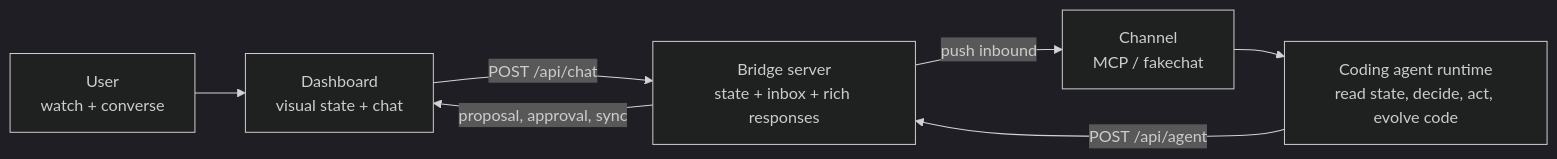
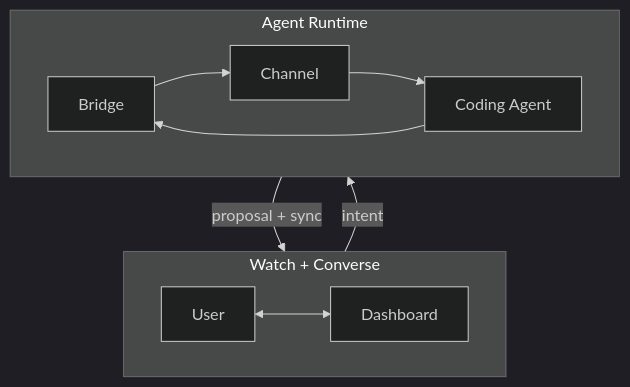
The diagram in README.md (tykimos/agent-native-agent), drawn with Mermaid (dark theme) before and after one commit. The commit also changed 4 other files, not shown here.

````diff
--- a/README.md
+++ b/README.md
@@ -76,9 +76,17 @@
 ```mermaid
-flowchart LR
-  U["User<br/>watch + converse"] --> D["Dashboard<br/>visual state + chat"]
-  D -->|"POST /api/chat"| B["Bridge server<br/>state + inbox + rich responses"]
-  B -->|"push inbound"| C["Channel<br/>MCP / fakechat"]
-  C --> A["Coding agent runtime<br/>read state, decide, act, evolve code"]
-  A -->|"POST /api/agent"| B
-  B -->|"proposal, approval, sync"| D
+flowchart TB
+  subgraph UX["Watch + Converse"]
+    direction LR
+    U["User"] <--> D["Dashboard"]
+  end
+
+  subgraph RT["Agent Runtime"]
+    direction LR
+    B["Bridge"] --> C["Channel"]
+    C --> A["Coding Agent"]
+    A --> B
+  end
+
+  D -->|"intent"| B
+  B -->|"proposal + sync"| D
 ```
````
